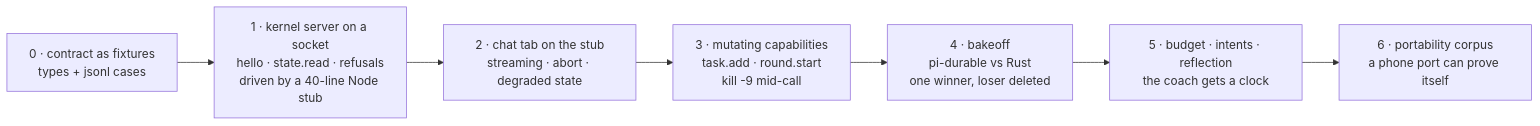
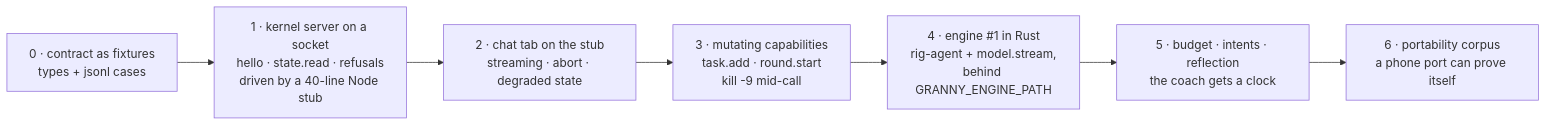
One commit to HappyVoxel/granny changed the fourth of 4 diagrams in docs/ENGINE.md. Above: the diagram before and after it, drawn with Mermaid. The commit also changed other lines of this file, not shown here.

First line of the commit message:
docs: the engine is Rust, and the kernel makes the model calls

````diff
--- a/docs/ENGINE.md
+++ b/docs/ENGINE.md
@@ -247,9 +274,9 @@
 ```mermaid
 flowchart LR
     S0["0 · contract as fixtures<br/>types + jsonl cases"] --> S1["1 · kernel server on a socket<br/>hello · state.read · refusals<br/>driven by a 40-line Node stub"]
     S1 --> S2["2 · chat tab on the stub<br/>streaming · abort · degraded state"]
     S2 --> S3["3 · mutating capabilities<br/>task.add · round.start<br/>kill -9 mid-call"]
-    S3 --> S4["4 · bakeoff<br/>pi-durable vs Rust<br/>one winner, loser deleted"]
+    S3 --> S4["4 · engine #1 in Rust<br/>rig-agent + model.stream,<br/>behind GRANNY_ENGINE_PATH"]
     S4 --> S5["5 · budget · intents · reflection<br/>the coach gets a clock"]
     S5 --> S6["6 · portability corpus<br/>a phone port can prove itself"]
 ```
````
